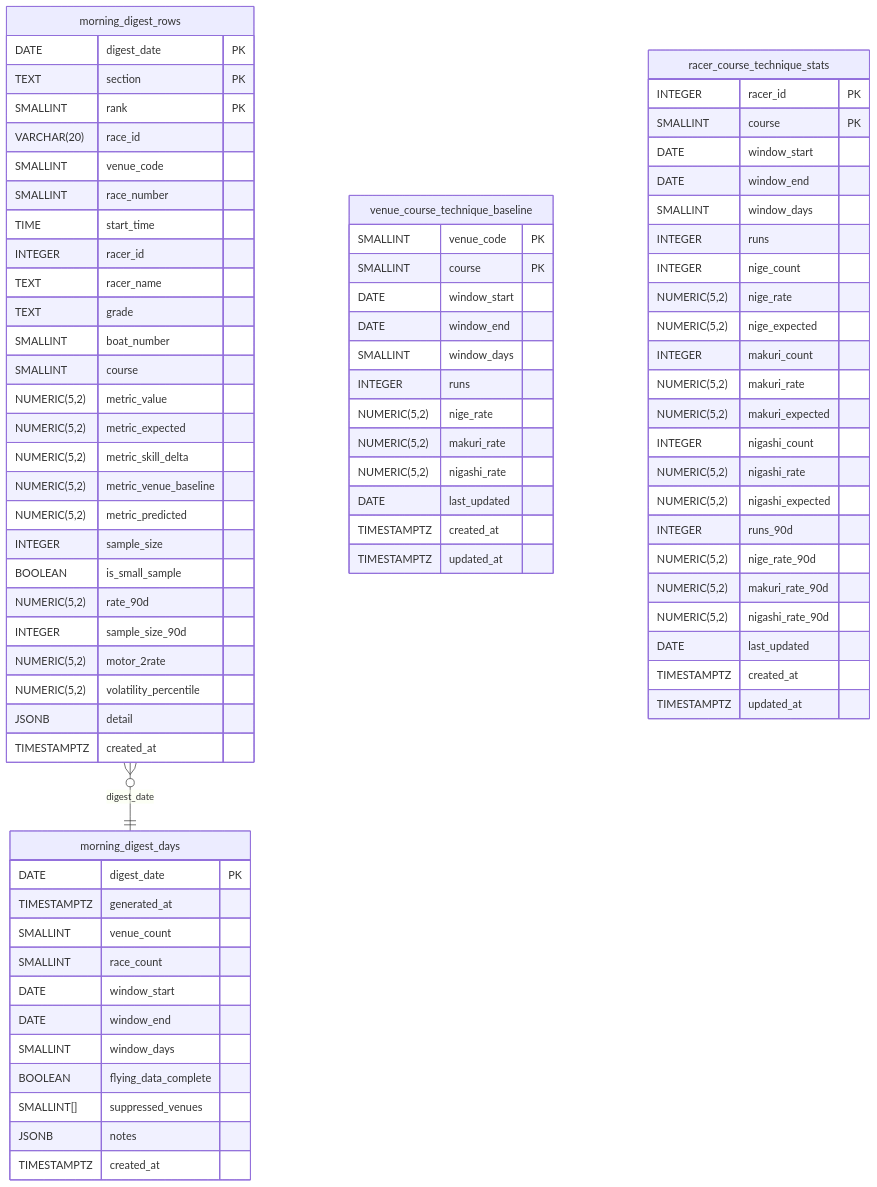
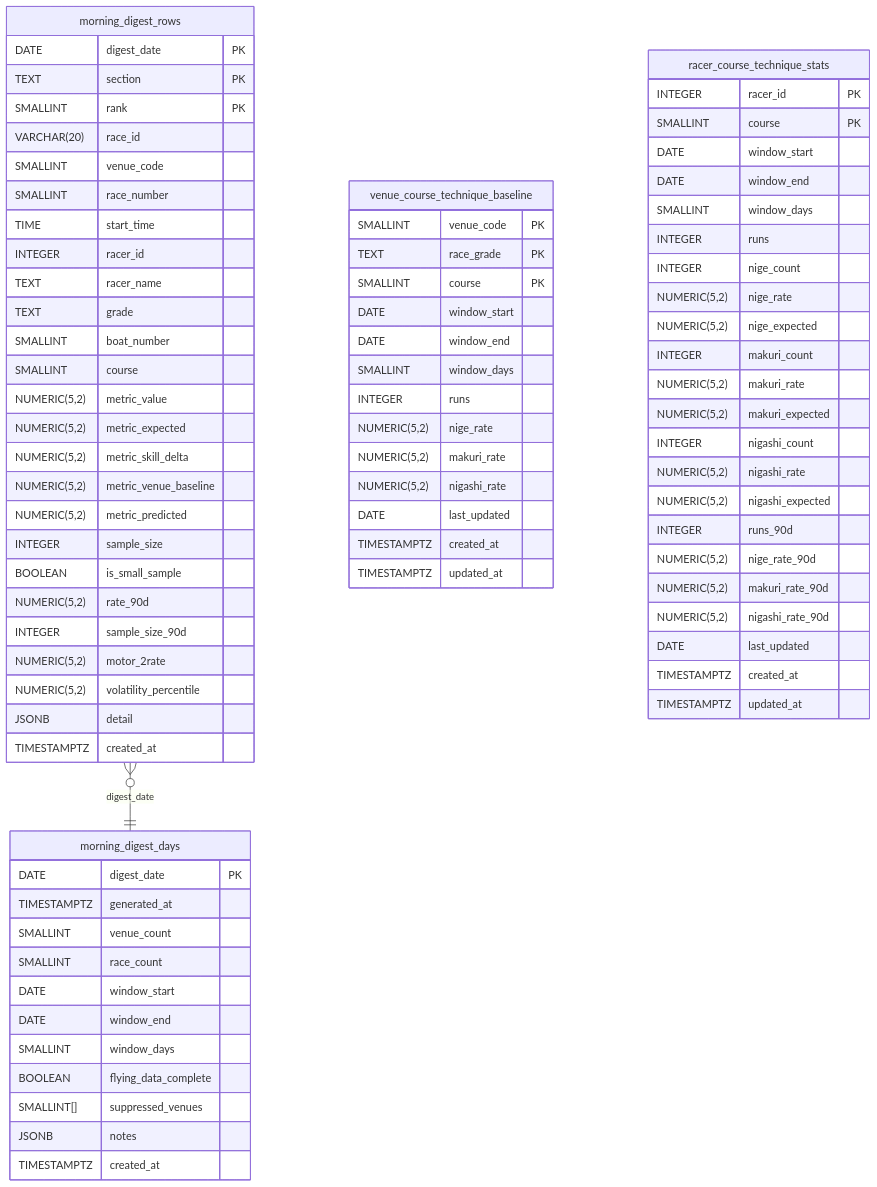
Before and after one commit to rhapsody0919/boatrace-ai-predictor: the second of 2 diagrams in docs/design/morning-data-digest/plan.md, drawn with Mermaid. The commit also changed other lines of this file and 6 other files, not shown here.

```diff
--- a/docs/design/morning-data-digest/plan.md
+++ b/docs/design/morning-data-digest/plan.md
@@ -81,6 +81,7 @@
     morning_digest_rows }o--|| morning_digest_days : "digest_date"
     venue_course_technique_baseline {
         SMALLINT venue_code PK
+        TEXT race_grade PK
         SMALLINT course PK
         DATE window_start
         DATE window_end
```
